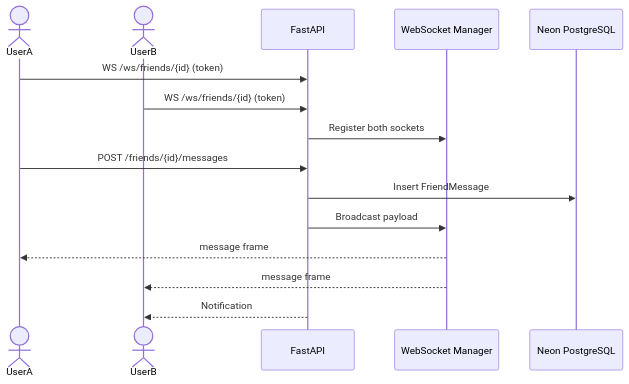
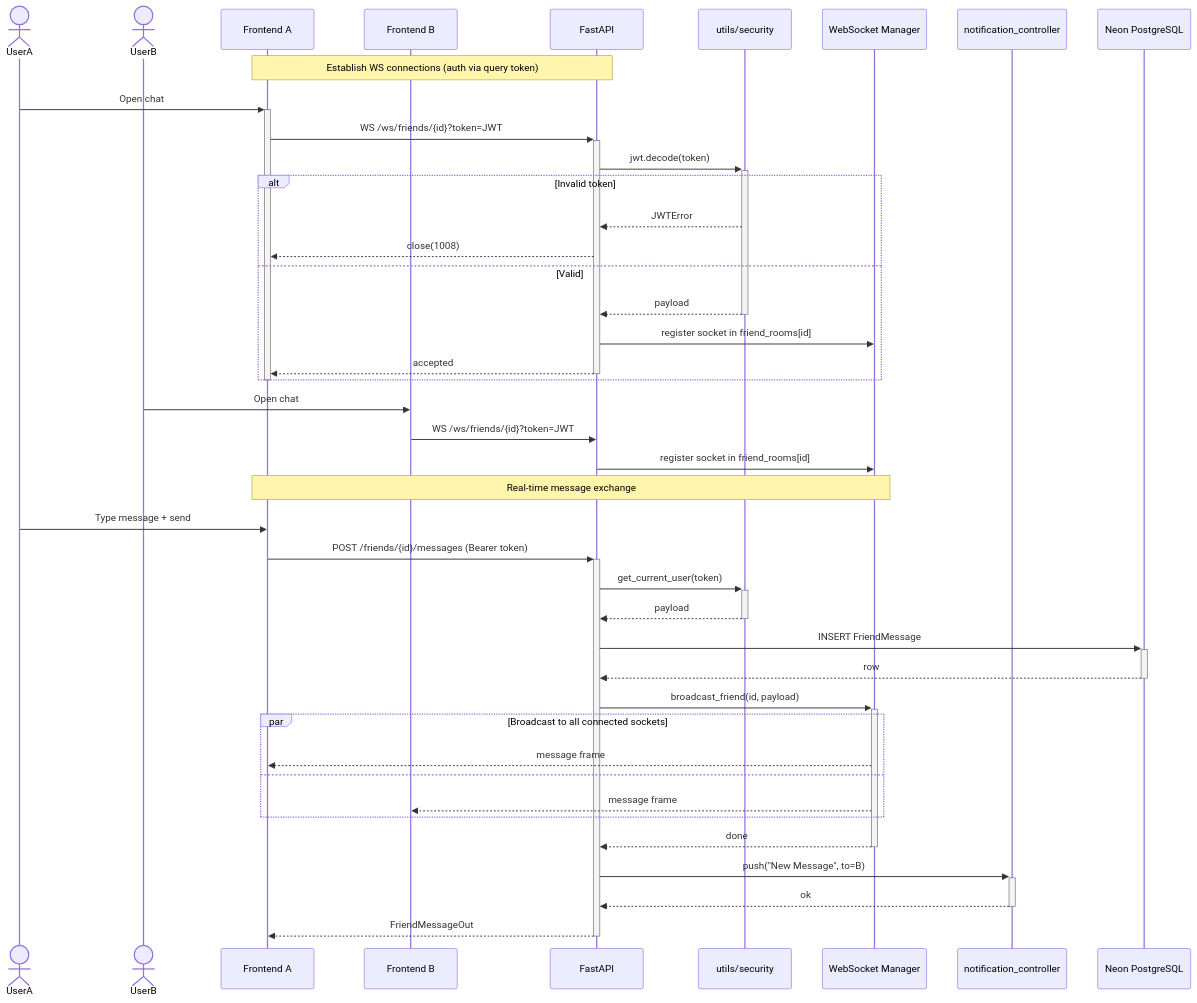
Before and after one commit to yazidha09/Hub4Learners: the fourth of 5 diagrams in docs/sprints/SPRINT_5.md, drawn with Mermaid. The commit also changed other lines of this file and 5 other files, not shown here.

````diff
--- a/docs/sprints/SPRINT_5.md
+++ b/docs/sprints/SPRINT_5.md
@@ -189,19 +189,50 @@
 ```mermaid
 sequenceDiagram
     actor UserA
     actor UserB
+    participant FA as Frontend A
+    participant FB as Frontend B
     participant API as FastAPI
+    participant Sec as utils/security
     participant WS as WebSocket Manager
+    participant Notif as notification_controller
     participant DB as Neon PostgreSQL
 
-    UserA->>API: WS /ws/friends/{id} (token)
-    UserB->>API: WS /ws/friends/{id} (token)
-    API->>WS: Register both sockets
+    Note over FA,API: Establish WS connections (auth via query token)
 
-    UserA->>API: POST /friends/{id}/messages
-    API->>DB: Insert FriendMessage
-    API->>WS: Broadcast payload
-    WS-->>UserA: message frame
-    WS-->>UserB: message frame
-    API-->>UserB: Notification
+    UserA->>+FA: Open chat
+    FA->>+API: WS /ws/friends/{id}?token=JWT
+    API->>+Sec: jwt.decode(token)
+    alt Invalid token
+        Sec-->>API: JWTError
+        API-->>FA: close(1008)
+    else Valid
+        Sec-->>-API: payload
+        API->>WS: register socket in friend_rooms[id]
+        API-->>-FA: accepted
+    end
+    deactivate FA
+
+    UserB->>FB: Open chat
+    FB->>API: WS /ws/friends/{id}?token=JWT
+    API->>WS: register socket in friend_rooms[id]
+
+    Note over FA,WS: Real-time message exchange
+
+    UserA->>FA: Type message + send
+    FA->>+API: POST /friends/{id}/messages (Bearer token)
+    API->>+Sec: get_current_user(token)
+    Sec-->>-API: payload
+    API->>+DB: INSERT FriendMessage
+    DB-->>-API: row
+    API->>+WS: broadcast_friend(id, payload)
+    par Broadcast to all connected sockets
+        WS-->>FA: message frame
+    and
+        WS-->>FB: message frame
+    end
+    WS-->>-API: done
+    API->>+Notif: push("New Message", to=B)
+    Notif-->>-API: ok
+    API-->>-FA: FriendMessageOut
 ```
````
